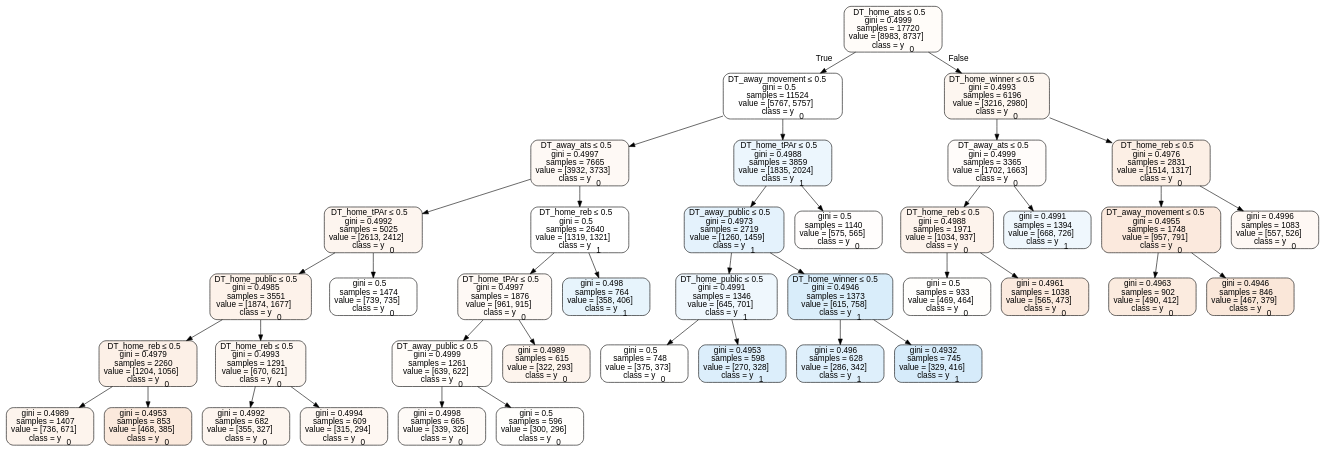
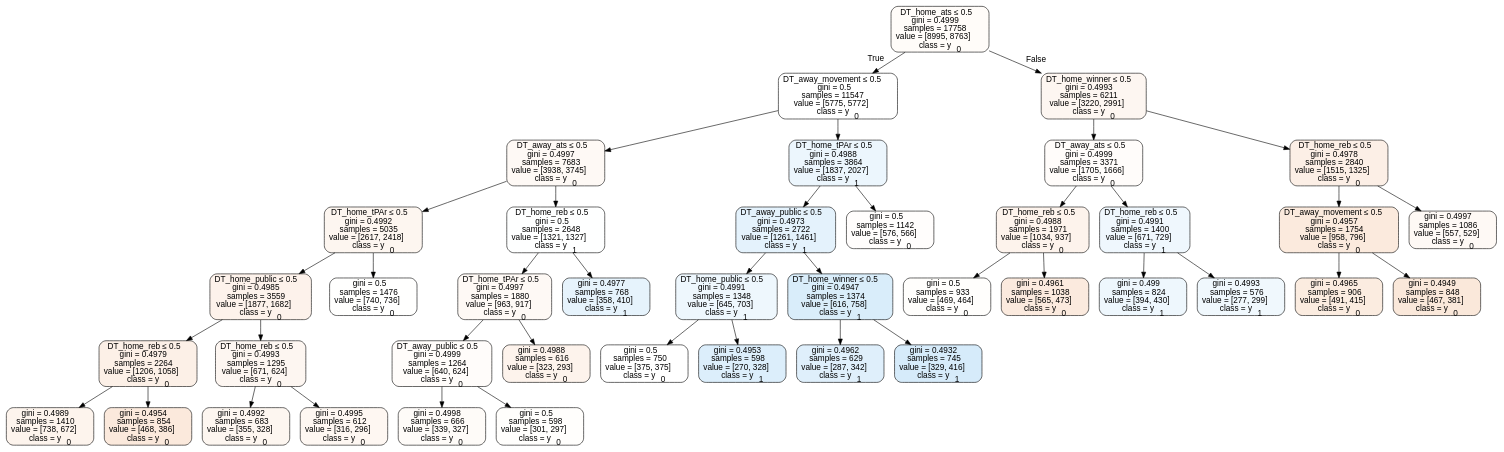
One commit to usbogie/ncaa-bets changed the diagram in Basketball/data/trees/treehome.dot. Above: the diagram before and after it, drawn with Graphviz. The commit also changed 14 other files, not shown here.

```diff
--- a/Basketball/data/trees/treehome.dot
+++ b/Basketball/data/trees/treehome.dot
@@ -1,81 +1,85 @@
 digraph Tree {
 node [shape=box, style="filled, rounded", color="black", fontname=helvetica] ;
 edge [fontname=helvetica] ;
-0 [label=<DT_home_ats &le; 0.5<br/>gini = 0.4999<br/>samples = 17720<br/>value = [8983, 8737]<br/>class = y<SUB>0</SUB>>, fillcolor="#e5813907"] ;
-1 [label=<DT_away_movement &le; 0.5<br/>gini = 0.5<br/>samples = 11524<br/>value = [5767, 5757]<br/>class = y<SUB>0</SUB>>, fillcolor="#e5813900"] ;
+0 [label=<DT_home_ats &le; 0.5<br/>gini = 0.4999<br/>samples = 17758<br/>value = [8995, 8763]<br/>class = y<SUB>0</SUB>>, fillcolor="#e5813907"] ;
+1 [label=<DT_away_movement &le; 0.5<br/>gini = 0.5<br/>samples = 11547<br/>value = [5775, 5772]<br/>class = y<SUB>0</SUB>>, fillcolor="#e5813900"] ;
 0 -> 1 [labeldistance=2.5, labelangle=45, headlabel="True"] ;
-2 [label=<DT_away_ats &le; 0.5<br/>gini = 0.4997<br/>samples = 7665<br/>value = [3932, 3733]<br/>class = y<SUB>0</SUB>>, fillcolor="#e581390d"] ;
+2 [label=<DT_away_ats &le; 0.5<br/>gini = 0.4997<br/>samples = 7683<br/>value = [3938, 3745]<br/>class = y<SUB>0</SUB>>, fillcolor="#e581390c"] ;
 1 -> 2 ;
-3 [label=<DT_home_tPAr &le; 0.5<br/>gini = 0.4992<br/>samples = 5025<br/>value = [2613, 2412]<br/>class = y<SUB>0</SUB>>, fillcolor="#e5813914"] ;
+3 [label=<DT_home_tPAr &le; 0.5<br/>gini = 0.4992<br/>samples = 5035<br/>value = [2617, 2418]<br/>class = y<SUB>0</SUB>>, fillcolor="#e5813913"] ;
 2 -> 3 ;
-4 [label=<DT_home_public &le; 0.5<br/>gini = 0.4985<br/>samples = 3551<br/>value = [1874, 1677]<br/>class = y<SUB>0</SUB>>, fillcolor="#e581391b"] ;
+4 [label=<DT_home_public &le; 0.5<br/>gini = 0.4985<br/>samples = 3559<br/>value = [1877, 1682]<br/>class = y<SUB>0</SUB>>, fillcolor="#e581391a"] ;
 3 -> 4 ;
-5 [label=<DT_home_reb &le; 0.5<br/>gini = 0.4979<br/>samples = 2260<br/>value = [1204, 1056]<br/>class = y<SUB>0</SUB>>, fillcolor="#e581391f"] ;
+5 [label=<DT_home_reb &le; 0.5<br/>gini = 0.4979<br/>samples = 2264<br/>value = [1206, 1058]<br/>class = y<SUB>0</SUB>>, fillcolor="#e581391f"] ;
 4 -> 5 ;
-6 [label=<gini = 0.4989<br/>samples = 1407<br/>value = [736, 671]<br/>class = y<SUB>0</SUB>>, fillcolor="#e5813917"] ;
+6 [label=<gini = 0.4989<br/>samples = 1410<br/>value = [738, 672]<br/>class = y<SUB>0</SUB>>, fillcolor="#e5813917"] ;
 5 -> 6 ;
-7 [label=<gini = 0.4953<br/>samples = 853<br/>value = [468, 385]<br/>class = y<SUB>0</SUB>>, fillcolor="#e581392d"] ;
+7 [label=<gini = 0.4954<br/>samples = 854<br/>value = [468, 386]<br/>class = y<SUB>0</SUB>>, fillcolor="#e581392d"] ;
 5 -> 7 ;
-8 [label=<DT_home_reb &le; 0.5<br/>gini = 0.4993<br/>samples = 1291<br/>value = [670, 621]<br/>class = y<SUB>0</SUB>>, fillcolor="#e5813913"] ;
+8 [label=<DT_home_reb &le; 0.5<br/>gini = 0.4993<br/>samples = 1295<br/>value = [671, 624]<br/>class = y<SUB>0</SUB>>, fillcolor="#e5813912"] ;
 4 -> 8 ;
-9 [label=<gini = 0.4992<br/>samples = 682<br/>value = [355, 327]<br/>class = y<SUB>0</SUB>>, fillcolor="#e5813914"] ;
+9 [label=<gini = 0.4992<br/>samples = 683<br/>value = [355, 328]<br/>class = y<SUB>0</SUB>>, fillcolor="#e5813913"] ;
 8 -> 9 ;
-10 [label=<gini = 0.4994<br/>samples = 609<br/>value = [315, 294]<br/>class = y<SUB>0</SUB>>, fillcolor="#e5813911"] ;
+10 [label=<gini = 0.4995<br/>samples = 612<br/>value = [316, 296]<br/>class = y<SUB>0</SUB>>, fillcolor="#e5813910"] ;
 8 -> 10 ;
-11 [label=<gini = 0.5<br/>samples = 1474<br/>value = [739, 735]<br/>class = y<SUB>0</SUB>>, fillcolor="#e5813901"] ;
+11 [label=<gini = 0.5<br/>samples = 1476<br/>value = [740, 736]<br/>class = y<SUB>0</SUB>>, fillcolor="#e5813901"] ;
 3 -> 11 ;
-12 [label=<DT_home_reb &le; 0.5<br/>gini = 0.5<br/>samples = 2640<br/>value = [1319, 1321]<br/>class = y<SUB>1</SUB>>, fillcolor="#399de500"] ;
+12 [label=<DT_home_reb &le; 0.5<br/>gini = 0.5<br/>samples = 2648<br/>value = [1321, 1327]<br/>class = y<SUB>1</SUB>>, fillcolor="#399de501"] ;
 2 -> 12 ;
-13 [label=<DT_home_tPAr &le; 0.5<br/>gini = 0.4997<br/>samples = 1876<br/>value = [961, 915]<br/>class = y<SUB>0</SUB>>, fillcolor="#e581390c"] ;
+13 [label=<DT_home_tPAr &le; 0.5<br/>gini = 0.4997<br/>samples = 1880<br/>value = [963, 917]<br/>class = y<SUB>0</SUB>>, fillcolor="#e581390c"] ;
 12 -> 13 ;
-14 [label=<DT_away_public &le; 0.5<br/>gini = 0.4999<br/>samples = 1261<br/>value = [639, 622]<br/>class = y<SUB>0</SUB>>, fillcolor="#e5813907"] ;
+14 [label=<DT_away_public &le; 0.5<br/>gini = 0.4999<br/>samples = 1264<br/>value = [640, 624]<br/>class = y<SUB>0</SUB>>, fillcolor="#e5813906"] ;
 13 -> 14 ;
-15 [label=<gini = 0.4998<br/>samples = 665<br/>value = [339, 326]<br/>class = y<SUB>0</SUB>>, fillcolor="#e581390a"] ;
+15 [label=<gini = 0.4998<br/>samples = 666<br/>value = [339, 327]<br/>class = y<SUB>0</SUB>>, fillcolor="#e5813909"] ;
 14 -> 15 ;
-16 [label=<gini = 0.5<br/>samples = 596<br/>value = [300, 296]<br/>class = y<SUB>0</SUB>>, fillcolor="#e5813903"] ;
+16 [label=<gini = 0.5<br/>samples = 598<br/>value = [301, 297]<br/>class = y<SUB>0</SUB>>, fillcolor="#e5813903"] ;
 14 -> 16 ;
-17 [label=<gini = 0.4989<br/>samples = 615<br/>value = [322, 293]<br/>class = y<SUB>0</SUB>>, fillcolor="#e5813917"] ;
+17 [label=<gini = 0.4988<br/>samples = 616<br/>value = [323, 293]<br/>class = y<SUB>0</SUB>>, fillcolor="#e5813918"] ;
 13 -> 17 ;
-18 [label=<gini = 0.498<br/>samples = 764<br/>value = [358, 406]<br/>class = y<SUB>1</SUB>>, fillcolor="#399de51e"] ;
+18 [label=<gini = 0.4977<br/>samples = 768<br/>value = [358, 410]<br/>class = y<SUB>1</SUB>>, fillcolor="#399de520"] ;
 12 -> 18 ;
-19 [label=<DT_home_tPAr &le; 0.5<br/>gini = 0.4988<br/>samples = 3859<br/>value = [1835, 2024]<br/>class = y<SUB>1</SUB>>, fillcolor="#399de518"] ;
+19 [label=<DT_home_tPAr &le; 0.5<br/>gini = 0.4988<br/>samples = 3864<br/>value = [1837, 2027]<br/>class = y<SUB>1</SUB>>, fillcolor="#399de518"] ;
 1 -> 19 ;
-20 [label=<DT_away_public &le; 0.5<br/>gini = 0.4973<br/>samples = 2719<br/>value = [1260, 1459]<br/>class = y<SUB>1</SUB>>, fillcolor="#399de523"] ;
+20 [label=<DT_away_public &le; 0.5<br/>gini = 0.4973<br/>samples = 2722<br/>value = [1261, 1461]<br/>class = y<SUB>1</SUB>>, fillcolor="#399de523"] ;
 19 -> 20 ;
-21 [label=<DT_home_public &le; 0.5<br/>gini = 0.4991<br/>samples = 1346<br/>value = [645, 701]<br/>class = y<SUB>1</SUB>>, fillcolor="#399de514"] ;
+21 [label=<DT_home_public &le; 0.5<br/>gini = 0.4991<br/>samples = 1348<br/>value = [645, 703]<br/>class = y<SUB>1</SUB>>, fillcolor="#399de515"] ;
 20 -> 21 ;
-22 [label=<gini = 0.5<br/>samples = 748<br/>value = [375, 373]<br/>class = y<SUB>0</SUB>>, fillcolor="#e5813901"] ;
+22 [label=<gini = 0.5<br/>samples = 750<br/>value = [375, 375]<br/>class = y<SUB>0</SUB>>, fillcolor="#e5813900"] ;
 21 -> 22 ;
 23 [label=<gini = 0.4953<br/>samples = 598<br/>value = [270, 328]<br/>class = y<SUB>1</SUB>>, fillcolor="#399de52d"] ;
 21 -> 23 ;
-24 [label=<DT_home_winner &le; 0.5<br/>gini = 0.4946<br/>samples = 1373<br/>value = [615, 758]<br/>class = y<SUB>1</SUB>>, fillcolor="#399de530"] ;
+24 [label=<DT_home_winner &le; 0.5<br/>gini = 0.4947<br/>samples = 1374<br/>value = [616, 758]<br/>class = y<SUB>1</SUB>>, fillcolor="#399de530"] ;
 20 -> 24 ;
-25 [label=<gini = 0.496<br/>samples = 628<br/>value = [286, 342]<br/>class = y<SUB>1</SUB>>, fillcolor="#399de52a"] ;
+25 [label=<gini = 0.4962<br/>samples = 629<br/>value = [287, 342]<br/>class = y<SUB>1</SUB>>, fillcolor="#399de529"] ;
 24 -> 25 ;
 26 [label=<gini = 0.4932<br/>samples = 745<br/>value = [329, 416]<br/>class = y<SUB>1</SUB>>, fillcolor="#399de535"] ;
 24 -> 26 ;
-27 [label=<gini = 0.5<br/>samples = 1140<br/>value = [575, 565]<br/>class = y<SUB>0</SUB>>, fillcolor="#e5813904"] ;
+27 [label=<gini = 0.5<br/>samples = 1142<br/>value = [576, 566]<br/>class = y<SUB>0</SUB>>, fillcolor="#e5813904"] ;
 19 -> 27 ;
-28 [label=<DT_home_winner &le; 0.5<br/>gini = 0.4993<br/>samples = 6196<br/>value = [3216, 2980]<br/>class = y<SUB>0</SUB>>, fillcolor="#e5813913"] ;
+28 [label=<DT_home_winner &le; 0.5<br/>gini = 0.4993<br/>samples = 6211<br/>value = [3220, 2991]<br/>class = y<SUB>0</SUB>>, fillcolor="#e5813912"] ;
 0 -> 28 [labeldistance=2.5, labelangle=-45, headlabel="False"] ;
-29 [label=<DT_away_ats &le; 0.5<br/>gini = 0.4999<br/>samples = 3365<br/>value = [1702, 1663]<br/>class = y<SUB>0</SUB>>, fillcolor="#e5813906"] ;
+29 [label=<DT_away_ats &le; 0.5<br/>gini = 0.4999<br/>samples = 3371<br/>value = [1705, 1666]<br/>class = y<SUB>0</SUB>>, fillcolor="#e5813906"] ;
 28 -> 29 ;
 30 [label=<DT_home_reb &le; 0.5<br/>gini = 0.4988<br/>samples = 1971<br/>value = [1034, 937]<br/>class = y<SUB>0</SUB>>, fillcolor="#e5813918"] ;
 29 -> 30 ;
 31 [label=<gini = 0.5<br/>samples = 933<br/>value = [469, 464]<br/>class = y<SUB>0</SUB>>, fillcolor="#e5813903"] ;
 30 -> 31 ;
 32 [label=<gini = 0.4961<br/>samples = 1038<br/>value = [565, 473]<br/>class = y<SUB>0</SUB>>, fillcolor="#e581392a"] ;
 30 -> 32 ;
-33 [label=<gini = 0.4991<br/>samples = 1394<br/>value = [668, 726]<br/>class = y<SUB>1</SUB>>, fillcolor="#399de514"] ;
+33 [label=<DT_home_reb &le; 0.5<br/>gini = 0.4991<br/>samples = 1400<br/>value = [671, 729]<br/>class = y<SUB>1</SUB>>, fillcolor="#399de514"] ;
 29 -> 33 ;
-34 [label=<DT_home_reb &le; 0.5<br/>gini = 0.4976<br/>samples = 2831<br/>value = [1514, 1317]<br/>class = y<SUB>0</SUB>>, fillcolor="#e5813921"] ;
-28 -> 34 ;
-35 [label=<DT_away_movement &le; 0.5<br/>gini = 0.4955<br/>samples = 1748<br/>value = [957, 791]<br/>class = y<SUB>0</SUB>>, fillcolor="#e581392c"] ;
-34 -> 35 ;
-36 [label=<gini = 0.4963<br/>samples = 902<br/>value = [490, 412]<br/>class = y<SUB>0</SUB>>, fillcolor="#e5813929"] ;
-35 -> 36 ;
-37 [label=<gini = 0.4946<br/>samples = 846<br/>value = [467, 379]<br/>class = y<SUB>0</SUB>>, fillcolor="#e5813930"] ;
-35 -> 37 ;
-38 [label=<gini = 0.4996<br/>samples = 1083<br/>value = [557, 526]<br/>class = y<SUB>0</SUB>>, fillcolor="#e581390e"] ;
-34 -> 38 ;
+34 [label=<gini = 0.499<br/>samples = 824<br/>value = [394, 430]<br/>class = y<SUB>1</SUB>>, fillcolor="#399de515"] ;
+33 -> 34 ;
+35 [label=<gini = 0.4993<br/>samples = 576<br/>value = [277, 299]<br/>class = y<SUB>1</SUB>>, fillcolor="#399de513"] ;
+33 -> 35 ;
+36 [label=<DT_home_reb &le; 0.5<br/>gini = 0.4978<br/>samples = 2840<br/>value = [1515, 1325]<br/>class = y<SUB>0</SUB>>, fillcolor="#e5813920"] ;
+28 -> 36 ;
+37 [label=<DT_away_movement &le; 0.5<br/>gini = 0.4957<br/>samples = 1754<br/>value = [958, 796]<br/>class = y<SUB>0</SUB>>, fillcolor="#e581392b"] ;
+36 -> 37 ;
+38 [label=<gini = 0.4965<br/>samples = 906<br/>value = [491, 415]<br/>class = y<SUB>0</SUB>>, fillcolor="#e5813927"] ;
+37 -> 38 ;
+39 [label=<gini = 0.4949<br/>samples = 848<br/>value = [467, 381]<br/>class = y<SUB>0</SUB>>, fillcolor="#e581392f"] ;
+37 -> 39 ;
+40 [label=<gini = 0.4997<br/>samples = 1086<br/>value = [557, 529]<br/>class = y<SUB>0</SUB>>, fillcolor="#e581390d"] ;
+36 -> 40 ;
 }
```
